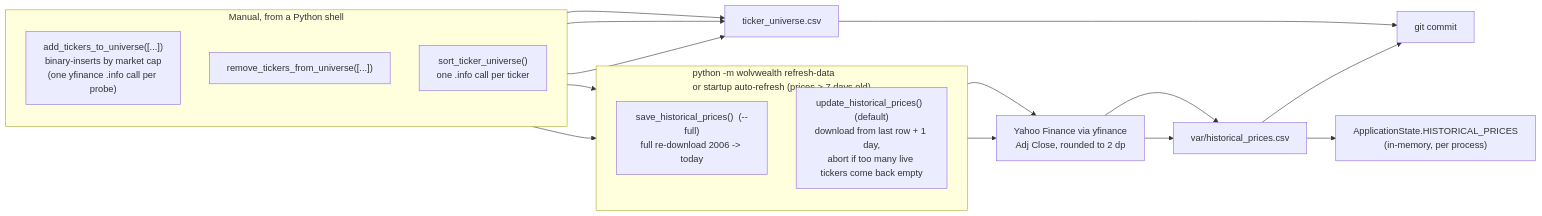
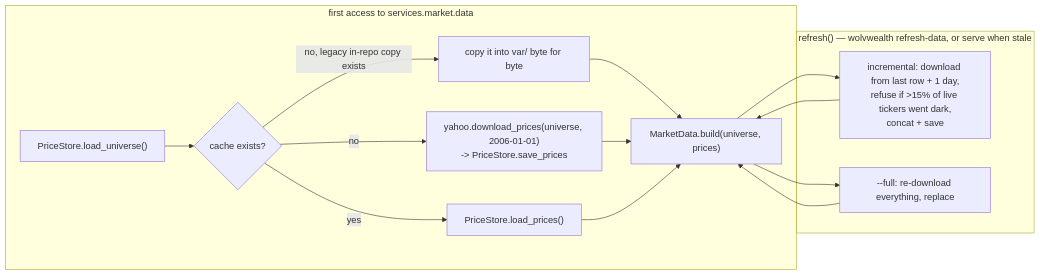
Before and after one commit to rramboer/WolvWealth: the sixth of 9 diagrams in ARCHITECTURE.md, drawn with Mermaid. The commit also changed other lines of this file and 68 other files, not shown here.

````diff
--- a/ARCHITECTURE.md
+++ b/ARCHITECTURE.md
@@ -331,31 +289,15 @@
 ```mermaid
 flowchart LR
-    subgraph Refresh["python -m wolvwealth refresh-data<br/>or startup auto-refresh (prices > 7 days old)"]
-        direction TB
-        R1["save_historical_prices()  (--full)<br/>full re-download 2006 -> today"]
-        R2["update_historical_prices()  (default)<br/>download from last row + 1 day,<br/>abort if too many live tickers come back empty"]
+    subgraph Load["first access to services.market.data"]
+        U["PriceStore.load_universe()"] --> X{"cache exists?"}
+        X -- no, legacy in-repo copy exists --> MIG["copy it into var/ byte for byte"]
+        X -- no --> DL["yahoo.download_prices(universe, 2006-01-01)<br/>-> PriceStore.save_prices"]
+        X -- yes --> RD["PriceStore.load_prices()"]
+        MIG & DL & RD --> MDATA["MarketData.build(universe, prices)"]
     end
-    subgraph Manual["Manual, from a Python shell"]
-        direction TB
-        U1["add_tickers_to_universe([...])<br/>binary-inserts by market cap<br/>(one yfinance .info call per probe)"]
-        U2["remove_tickers_from_universe([...])"]
-        U3["sort_ticker_universe()<br/>one .info call per ticker"]
+    subgraph Refresh["refresh() — wolvwealth refresh-data, or serve when stale"]
+        INC["incremental: download from last row + 1 day,<br/>refuse if >15% of live tickers went dark,<br/>concat + save"]
+        FULL["--full: re-download everything, replace"]
     end
-
-    YF["Yahoo Finance via yfinance<br/>Adj Close, rounded to 2 dp"]
-    T["ticker_universe.csv"]
-    P["var/historical_prices.csv"]
-    Mem["ApplicationState.HISTORICAL_PRICES<br/>(in-memory, per process)"]
-    Git["git commit"]
-
-    U1 --> T
-    U2 --> T
-    U3 --> T
-    U1 --> R1
-    U2 --> R1
-    R1 --> YF --> P
-    R2 --> YF --> P
-    P --> Mem
-    T --> Git
-    P --> Git
+    MDATA --> INC & FULL --> MDATA
 ```
````
